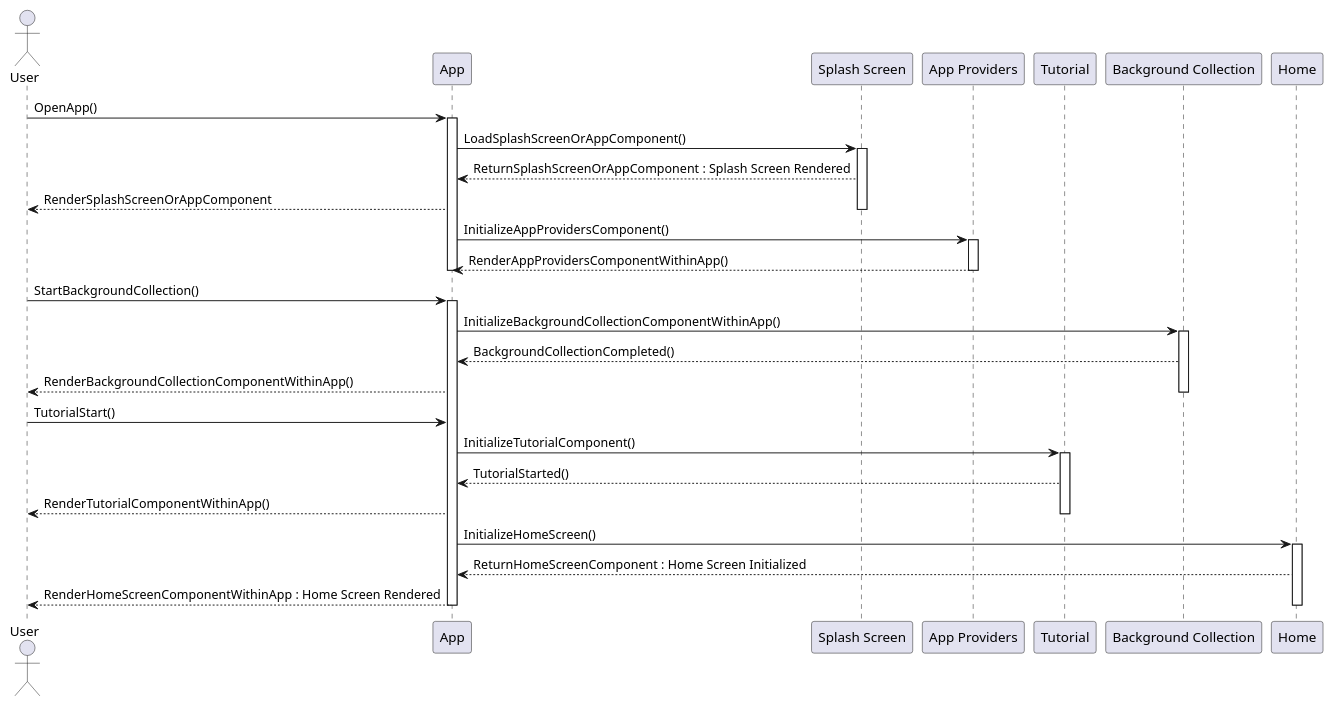
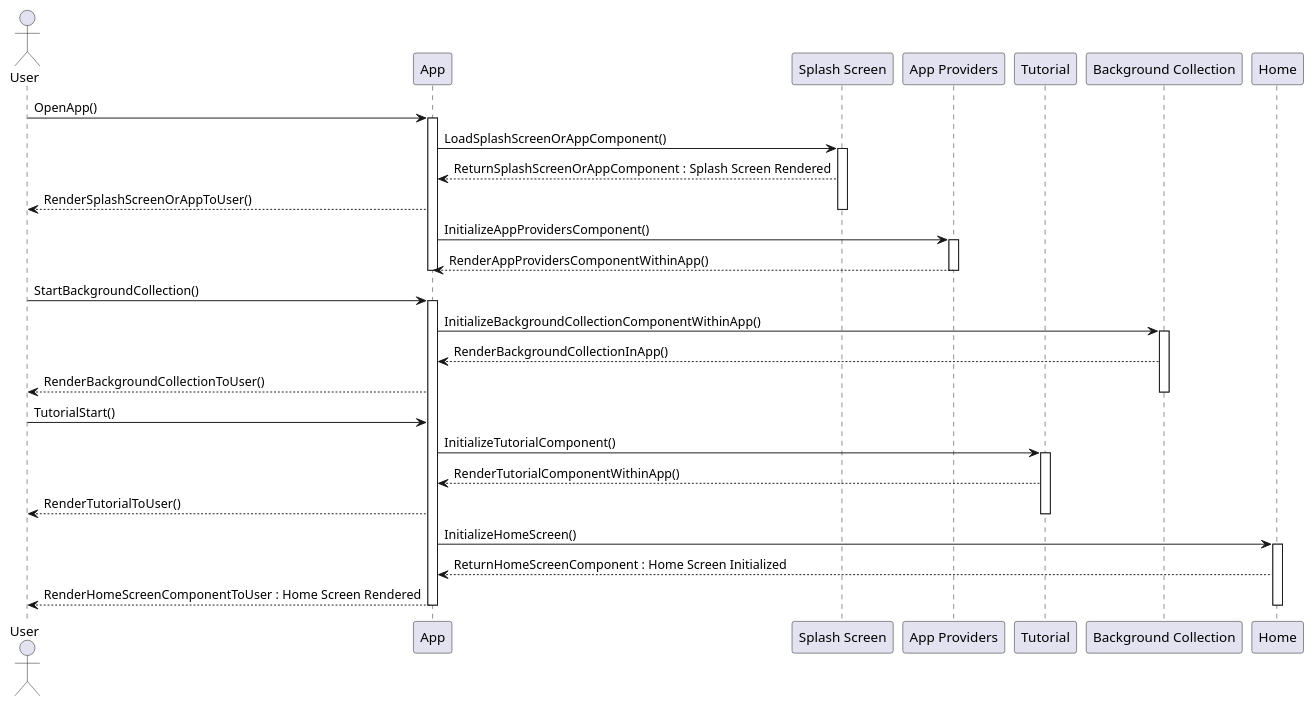
One commit to Windesheim-AI/UML-diagrams changed the diagram in tdd/startup-phase-sequence.puml. Above: the diagram before and after it, drawn with PlantUML.

Commit message:
refactor: :recycle: renamed some messages

```diff
--- a/tdd/startup-phase-sequence.puml
+++ b/tdd/startup-phase-sequence.puml
@@ -1,45 +1,45 @@
 @startuml SequenceStartUpPhase
 
 actor "User" as U
 participant "App" as A
 participant "Splash Screen" as C
 participant "App Providers" as B
 participant "Tutorial" as T
 participant "Background Collection" as BC
 participant "Home" as D
 
 U -> A: OpenApp()
 activate A
 A -> C: LoadSplashScreenOrAppComponent()
 activate C
 C --> A: ReturnSplashScreenOrAppComponent : Splash Screen Rendered 
-A --> U: RenderSplashScreenOrAppComponent 
+A --> U: RenderSplashScreenOrAppToUser() 
 deactivate C
 A -> B: InitializeAppProvidersComponent()
 activate B
 B --> A: RenderAppProvidersComponentWithinApp()
 deactivate B
 deactivate A
 
 U -> A: StartBackgroundCollection()
 activate A
 A -> BC: InitializeBackgroundCollectionComponentWithinApp()
 activate BC
-BC --> A: BackgroundCollectionCompleted()
-A --> U: RenderBackgroundCollectionComponentWithinApp()
+BC --> A: RenderBackgroundCollectionInApp()
+A --> U: RenderBackgroundCollectionToUser()
 deactivate BC
 U -> A: TutorialStart()
 A -> T: InitializeTutorialComponent()
 activate T
-T --> A: TutorialStarted()
-A --> U: RenderTutorialComponentWithinApp()
+T --> A: RenderTutorialComponentWithinApp()
+A --> U: RenderTutorialToUser()
 deactivate T
 
 A -> D: InitializeHomeScreen()
 activate D
 D --> A: ReturnHomeScreenComponent : Home Screen Initialized
-A --> U: RenderHomeScreenComponentWithinApp : Home Screen Rendered
+A --> U: RenderHomeScreenComponentToUser : Home Screen Rendered
 deactivate D
 deactivate A
 
 @enduml
```
